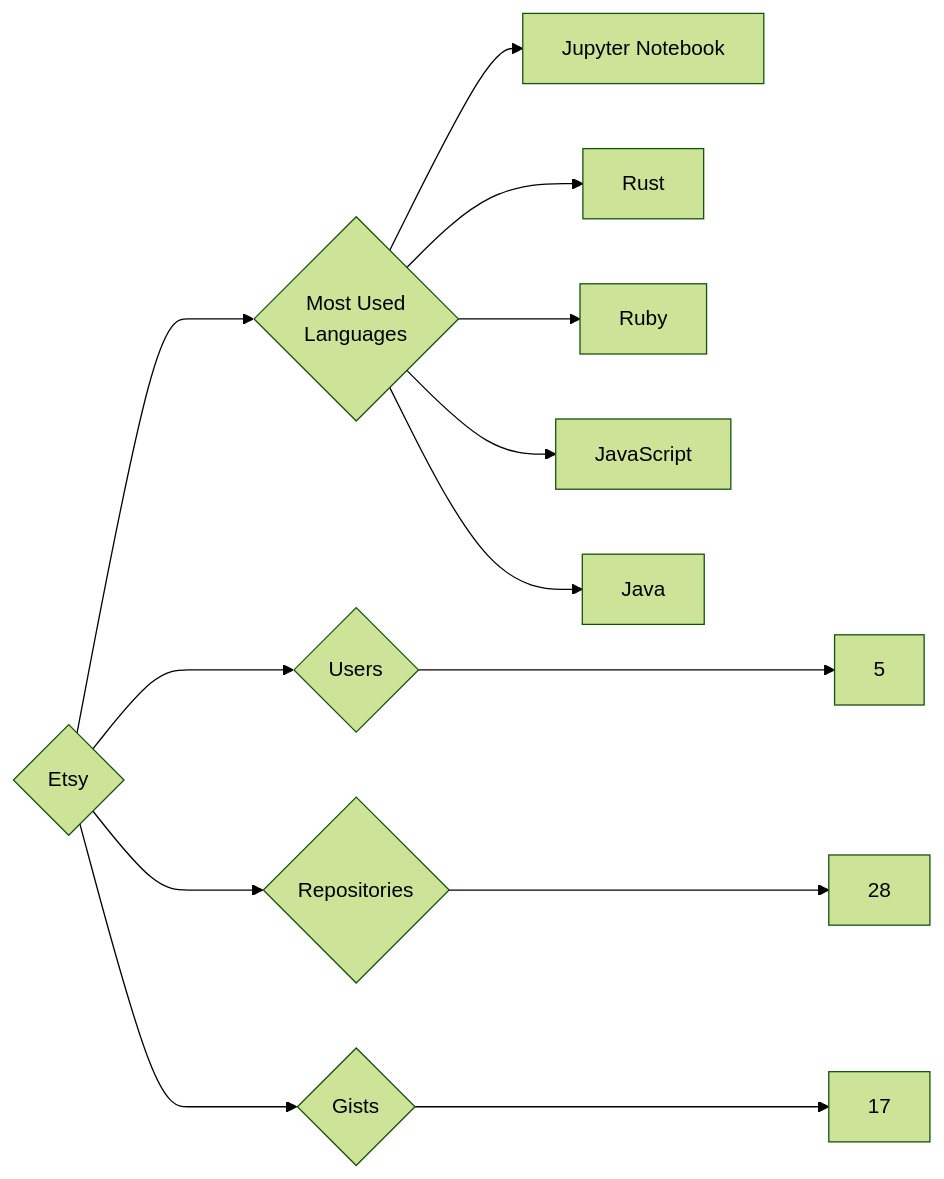
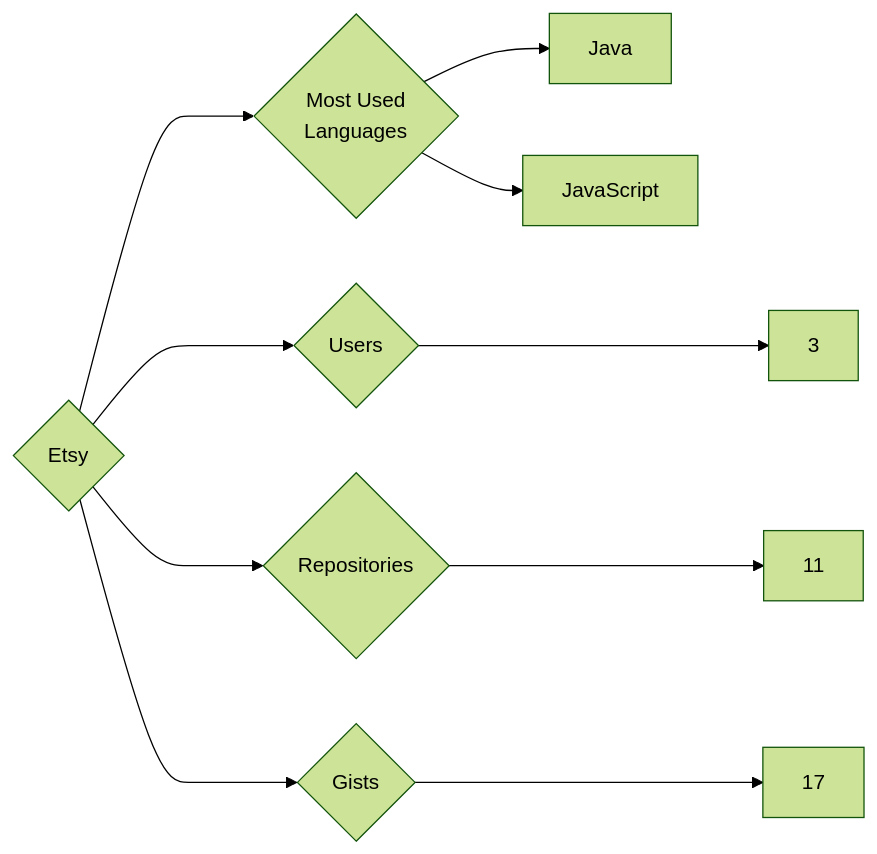
One commit to trickest/insiders changed the diagram in targets/Etsy/README.md. Above: the diagram before and after it, drawn with Mermaid (forest theme). The commit also changed 942 other files, not shown here.

````diff
--- a/targets/Etsy/README.md
+++ b/targets/Etsy/README.md
@@ -3,13 +3,10 @@
 ```mermaid
 graph LR
 COMPANY_NAME{Etsy}
-COMPANY_NAME ---> U{Users} ---> UN[5]
-COMPANY_NAME ---> R{Repositories} ---> RN[28]
+COMPANY_NAME ---> U{Users} ---> UN[3]
+COMPANY_NAME ---> R{Repositories} ---> RN[11]
 COMPANY_NAME ---> G{Gists} ---> GN[17]
 COMPANY_NAME ---> ML{Most Used<br>Languages}
-ML --> Jupyter_Notebook[Jupyter Notebook]
-ML --> Rust[Rust]
-ML --> Ruby[Ruby]
+ML --> Java[Java]
 ML --> JavaScript[JavaScript]
-ML --> Java[Java]
 ```
````
